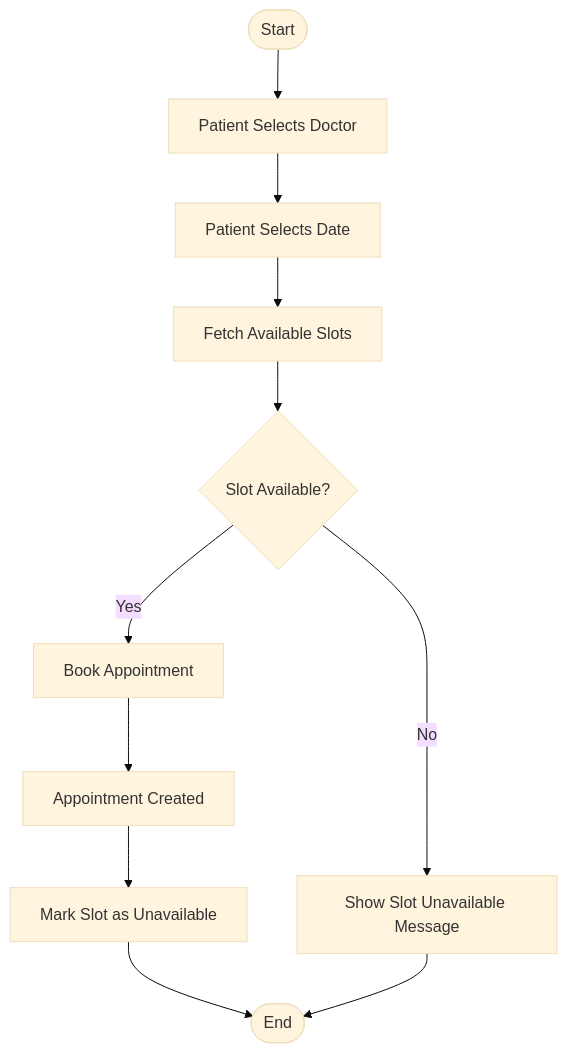
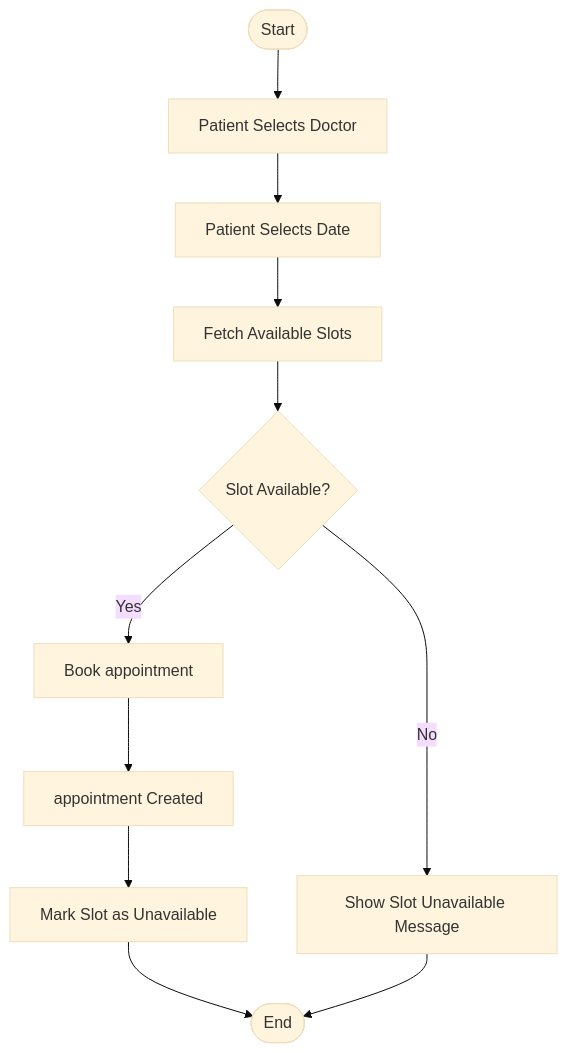
One commit to devanshnegi88/schedula-Devansh changed the diagram in docs/appointmentManagement.mermaid. Above: the diagram before and after it, drawn with Mermaid (base theme). The commit also changed 17 other files, not shown here.

```diff
--- a/docs/appointmentManagement.mermaid
+++ b/docs/appointmentManagement.mermaid
@@ -1,13 +1,13 @@
 flowchart TD
     A([Start]) --> B[Patient Selects Doctor]
     B --> C[Patient Selects Date]
     C --> D[Fetch Available Slots]
     D --> E{Slot Available?}
 
-    E -- Yes --> F[Book Appointment]
-    F --> G[Appointment Created]
+    E -- Yes --> F[Book appointment]
+    F --> G[appointment Created]
     G --> H[Mark Slot as Unavailable]
     H --> I([End])
 
     E -- No --> J[Show Slot Unavailable Message]
     J --> I
```
